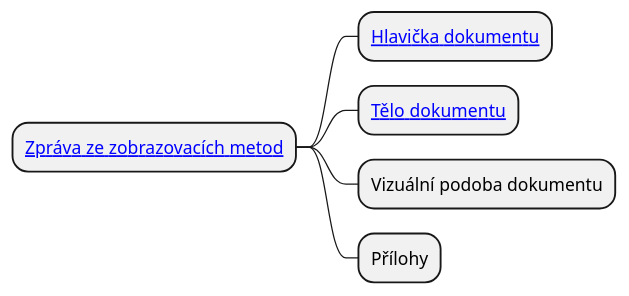
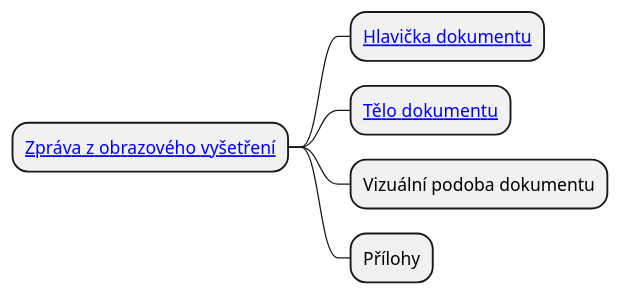
Before and after one commit to HL7-cz/img: the diagram in input/images-source/imgReport_CIM-cs.plantuml, drawn with PlantUML. The commit also changed 31 other files, not shown here.

```diff
--- a/input/images-source/imgReport_CIM-cs.plantuml
+++ b/input/images-source/imgReport_CIM-cs.plantuml
@@ -1,12 +1,12 @@
 @startmindmap
 skinparam topurl StructureDefinition-
 
-* [[logImagingReportCz.html Zpráva ze zobrazovacích metod]]
+* [[logImagingReportCz.html Zpráva z obrazového vyšetření]]
 ** [[logHeaderImagingReportCz.html Hlavička dokumentu]]
 ** [[logBodyImagingReportCz.html Tělo dokumentu]]
 ** Vizuální podoba dokumentu
 ** Přílohy
-'** Link to Related Report
+'** Comparison Study
 '** Media
 '** Dicom Metadata
 @endmindmap
```
